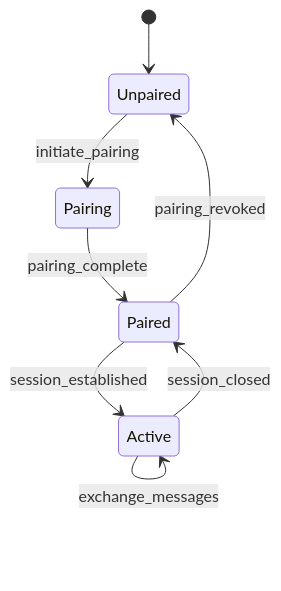
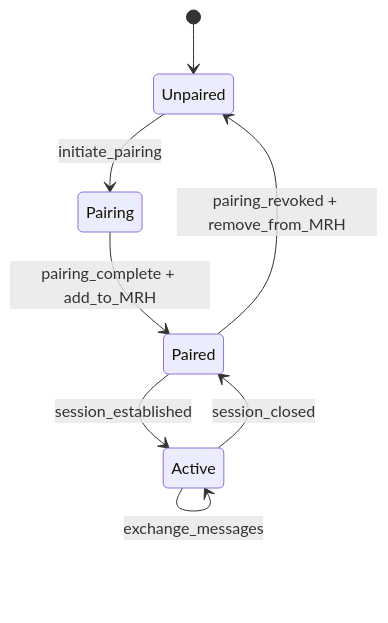
Before and after one commit to dp-web4/web4: the second of 4 diagrams in web4-standard/protocols/web4-entity-relationships.md, drawn with Mermaid. The commit also changed other lines of this file and 3 other files, not shown here.

````diff
--- a/web4-standard/protocols/web4-entity-relationships.md
+++ b/web4-standard/protocols/web4-entity-relationships.md
@@ -55,10 +63,10 @@
 ```mermaid
 stateDiagram-v2
     [*] --> Unpaired
     Unpaired --> Pairing: initiate_pairing
-    Pairing --> Paired: pairing_complete
+    Pairing --> Paired: pairing_complete + add_to_MRH
     Paired --> Active: session_established
     Active --> Active: exchange_messages
     Active --> Paired: session_closed
-    Paired --> Unpaired: pairing_revoked
+    Paired --> Unpaired: pairing_revoked + remove_from_MRH
 ```
````
